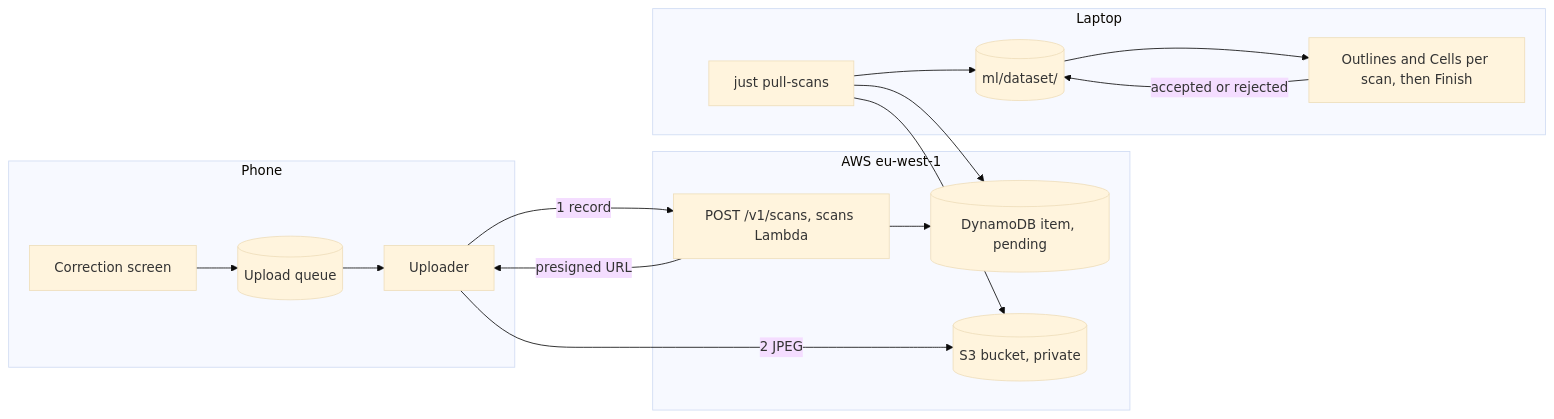
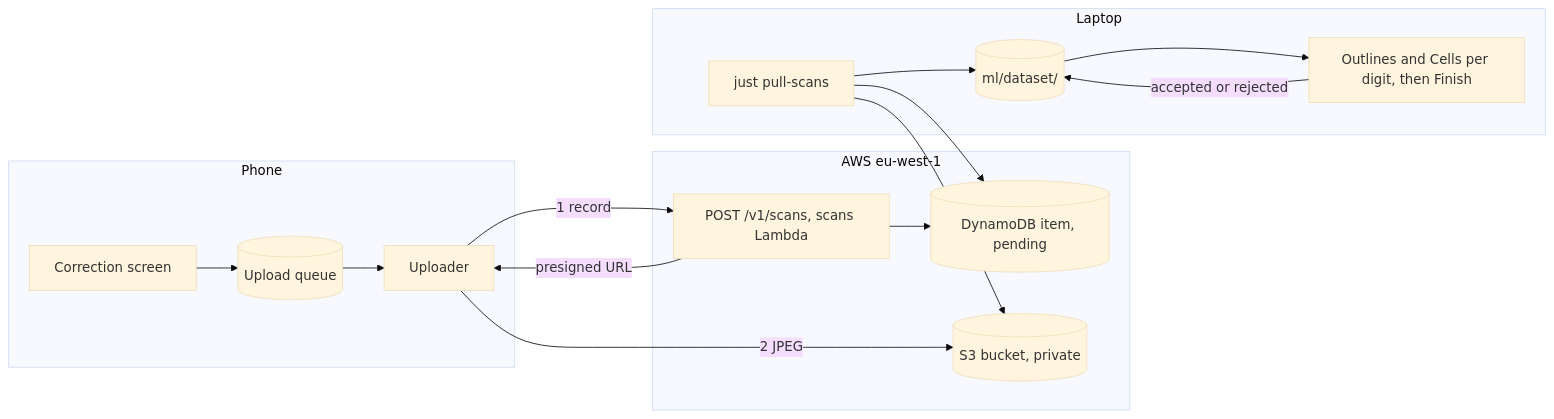
Before and after one commit to vandemaelefelix/sudoku: the diagram in docs/architecture/00-concepts/scan-collection.md, drawn with Mermaid (base theme). The commit also changed other lines of this file and 26 other files, not shown here.

First line of the commit message:
feat(ml): check the cells of the approved scans per digit, with the sudoku beside them (#255)

````diff
--- a/docs/architecture/00-concepts/scan-collection.md
+++ b/docs/architecture/00-concepts/scan-collection.md
@@ -81,21 +82,21 @@
 ```mermaid
 flowchart LR
   subgraph Phone
     correct["Correction screen"] --> queue[("Upload queue")]
     queue --> uploader["Uploader"]
   end
   subgraph AWS["AWS eu-west-1"]
     route["POST /v1/scans, scans Lambda"] --> db[("DynamoDB item, pending")]
     s3[("S3 bucket, private")]
   end
   subgraph Laptop
     pull["just pull-scans"] --> dataset[("ml/dataset/")]
-    dataset --> review["Outlines and Cells per scan, then Finish"]
+    dataset --> review["Outlines and Cells per digit, then Finish"]
     review -- "accepted or rejected" --> dataset
   end
   uploader -- "1 record" --> route
   route -- "presigned URL" --> uploader
   uploader -- "2 JPEG" --> s3
   pull --> db
   pull --> s3
 ```
````
